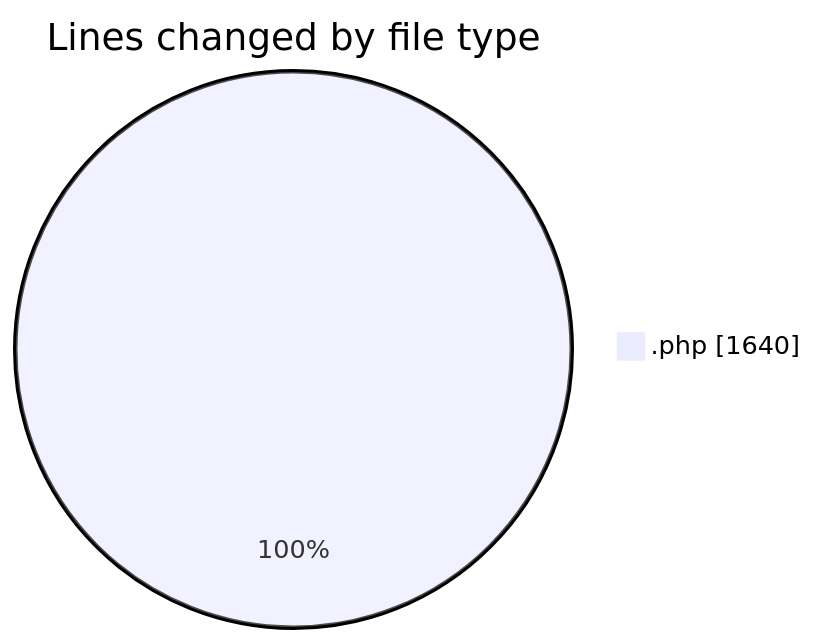
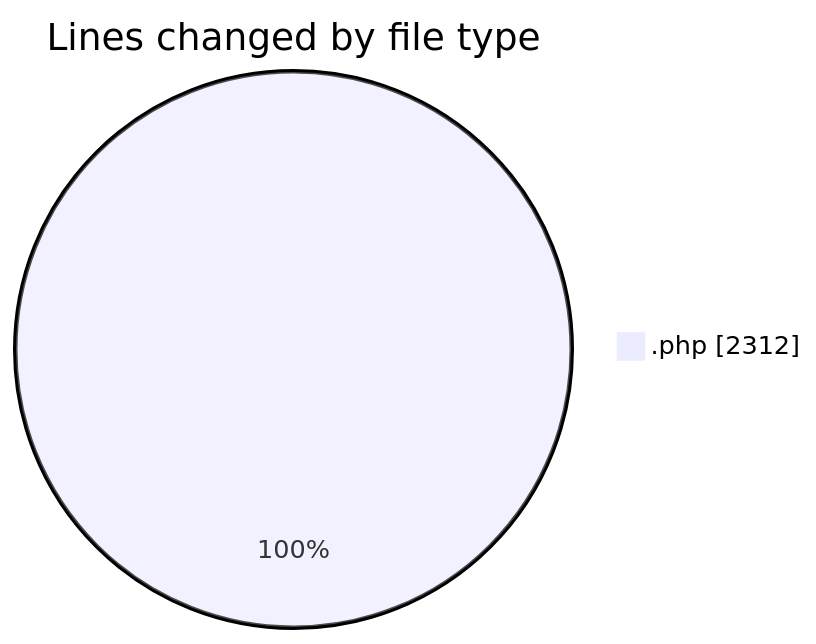
Before and after one commit to LanceThiago/code-tracking: the first of 2 diagrams in 2026-10-02/jogo/README.md, drawn with Mermaid. The commit also changed other lines of this file and 1 other file, not shown here.

````diff
--- a/2026-10-02/jogo/README.md
+++ b/2026-10-02/jogo/README.md
@@ -20,5 +20,5 @@
 ```mermaid
 pie showData
 title Lines changed by file type
-".php" : 1640
+".php" : 2312
 ```
````
